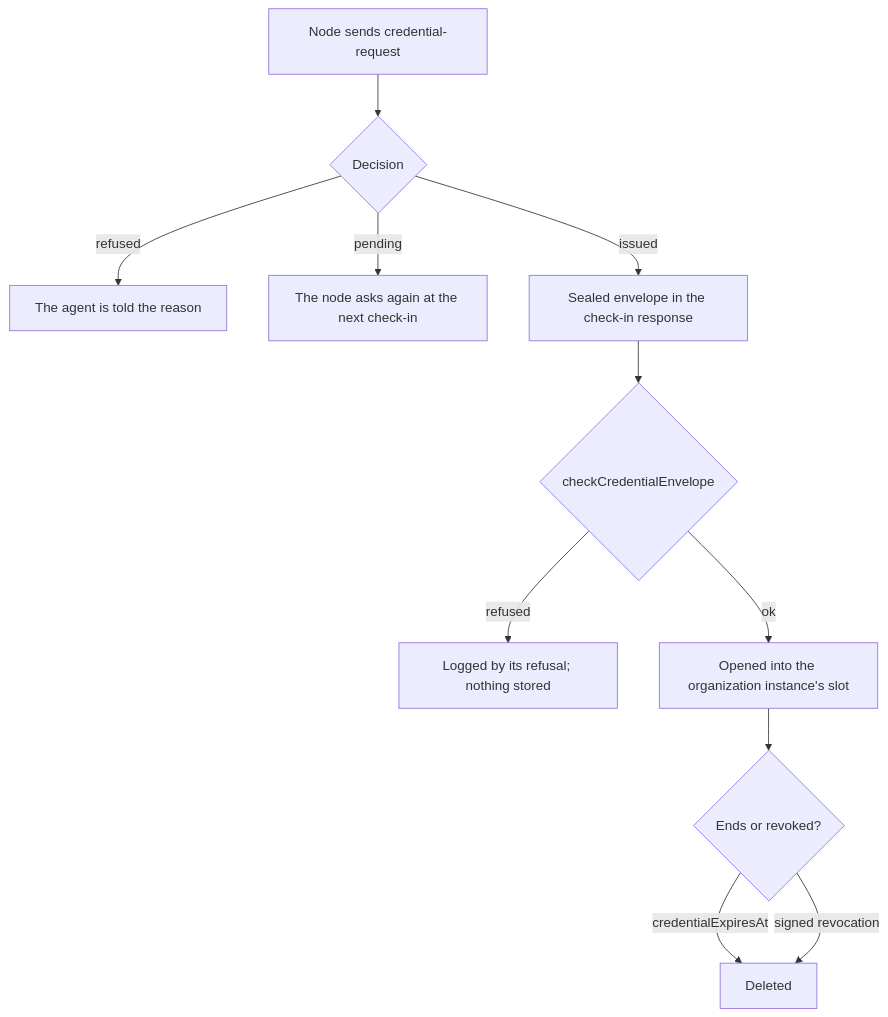
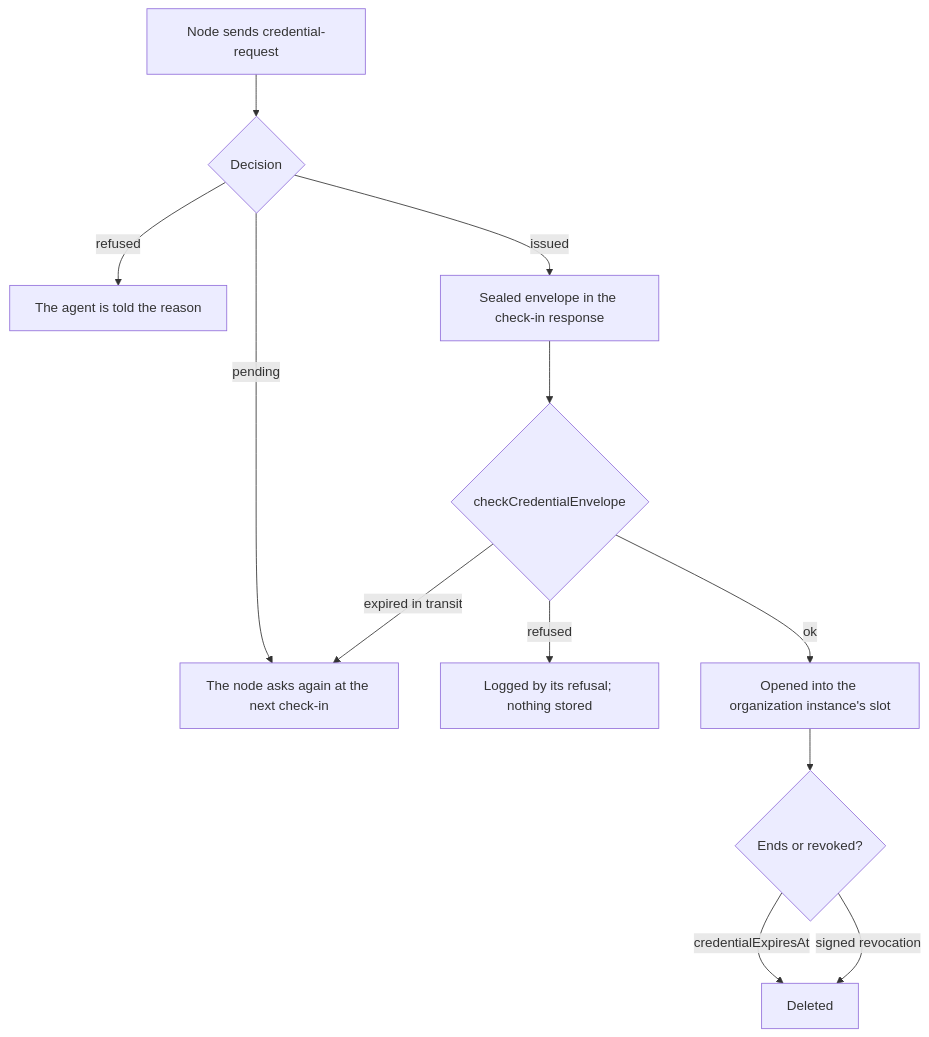
Before and after one commit to passioncode-ai/fabric-agent-contract: diagram 28 of 28 in docs/ux/flows.md, drawn with Mermaid. The commit also changed 17 other files, not shown here.

````diff
--- a/docs/ux/flows.md
+++ b/docs/ux/flows.md
@@ -692,13 +692,14 @@
 ```mermaid
 flowchart TD
   R[Node sends credential-request] --> D{Decision}
   D -->|refused| X[The agent is told the reason]
   D -->|pending| W[The node asks again at the next check-in]
+  C -->|expired in transit| W
   D -->|issued| E[Sealed envelope in the check-in response]
   E --> C{checkCredentialEnvelope}
   C -->|refused| L[Logged by its refusal; nothing stored]
   C -->|ok| O[Opened into the organization instance's slot]
   O --> T{Ends or revoked?}
   T -->|credentialExpiresAt| Z[Deleted]
   T -->|signed revocation| Z
 ```
````
